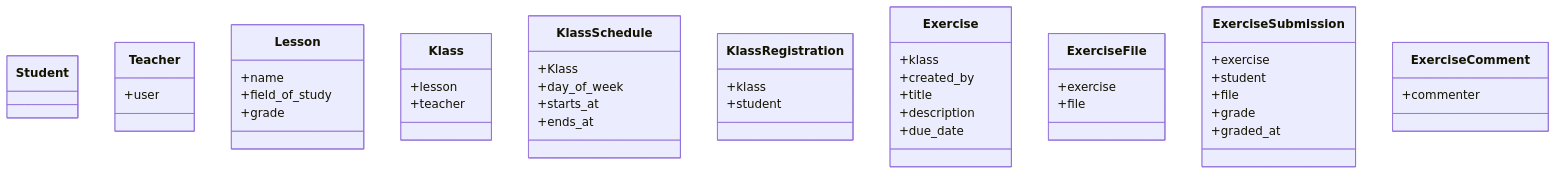
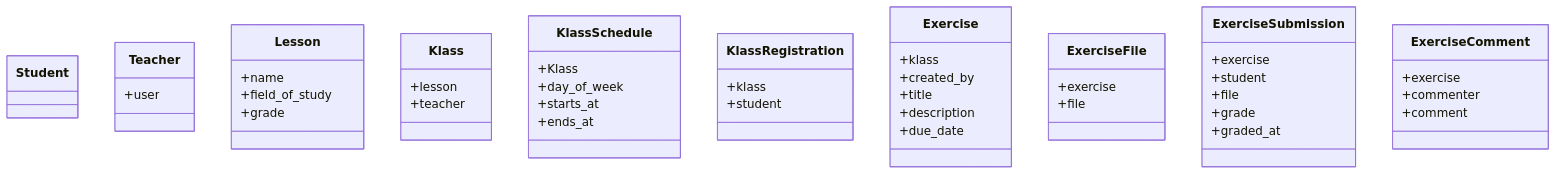
Before and after one commit to hojatm-huma/aminedu: the diagram in docs/models_diagram.md, drawn with Mermaid. The commit also changed 8 other files, not shown here.

````diff
--- a/docs/models_diagram.md
+++ b/docs/models_diagram.md
@@ -1,60 +1,62 @@
 ```mermaid
 classDiagram
     class Student {
 
     }
 
     class Teacher {
         +user
 
     }
 
     class Lesson {
         +name
         +field_of_study
         +grade
     }
 
     class Klass{
         +lesson
         +teacher
     }
 
 
     class KlassSchedule {
         +Klass
         +day_of_week
         +starts_at
         +ends_at
     }
 
     class KlassRegistration {
         +klass
         +student
     }
 
     class Exercise {
         +klass
         +created_by
         +title
         +description
         +due_date
     }
 
     class ExerciseFile {
         +exercise
         +file
     }
 
     class ExerciseSubmission {
         +exercise
         +student
         +file
         +grade
         +graded_at
     }
 
     class ExerciseComment {
+        +exercise
         +commenter
+        +comment
     }
 ```
````
